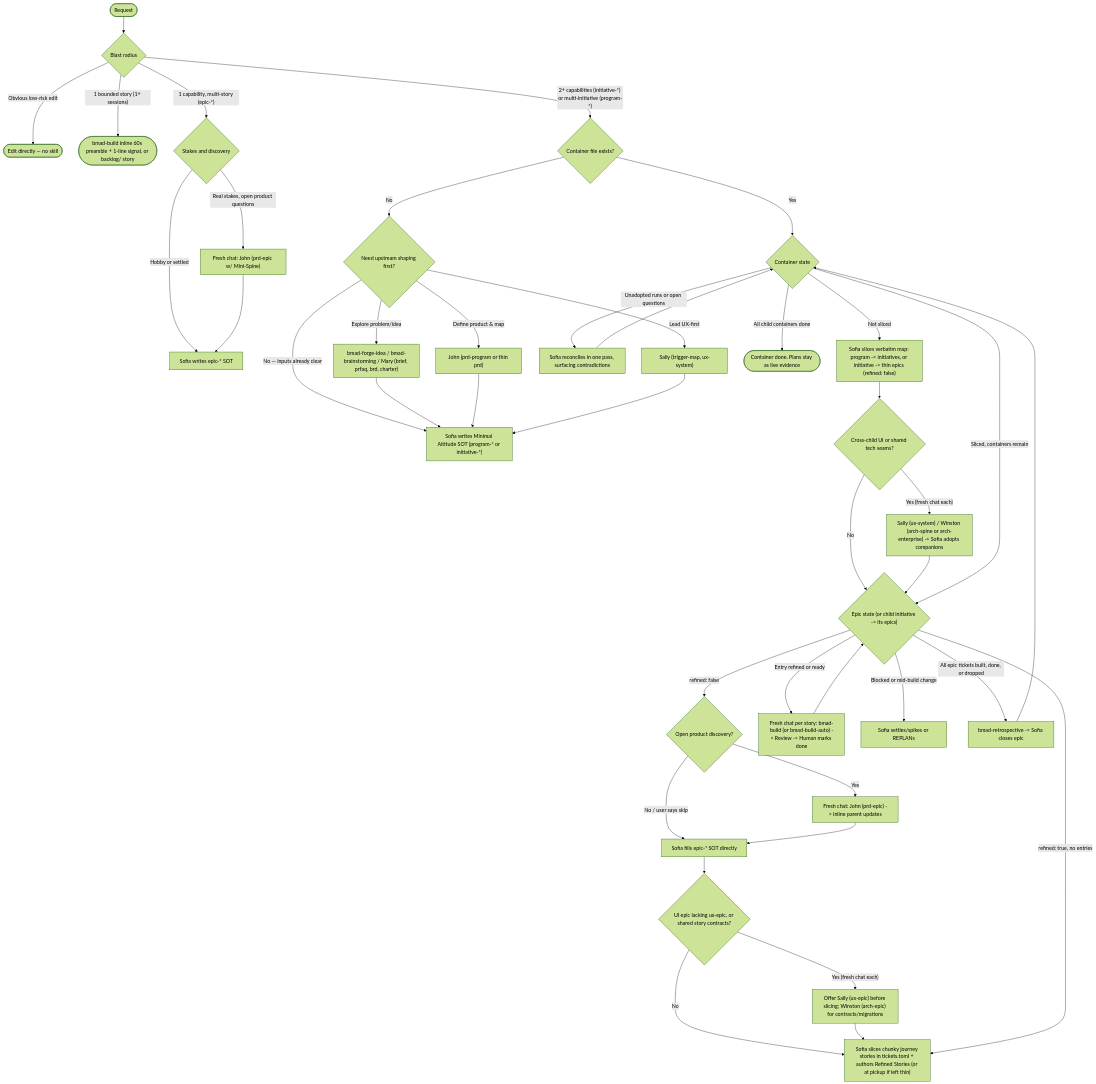
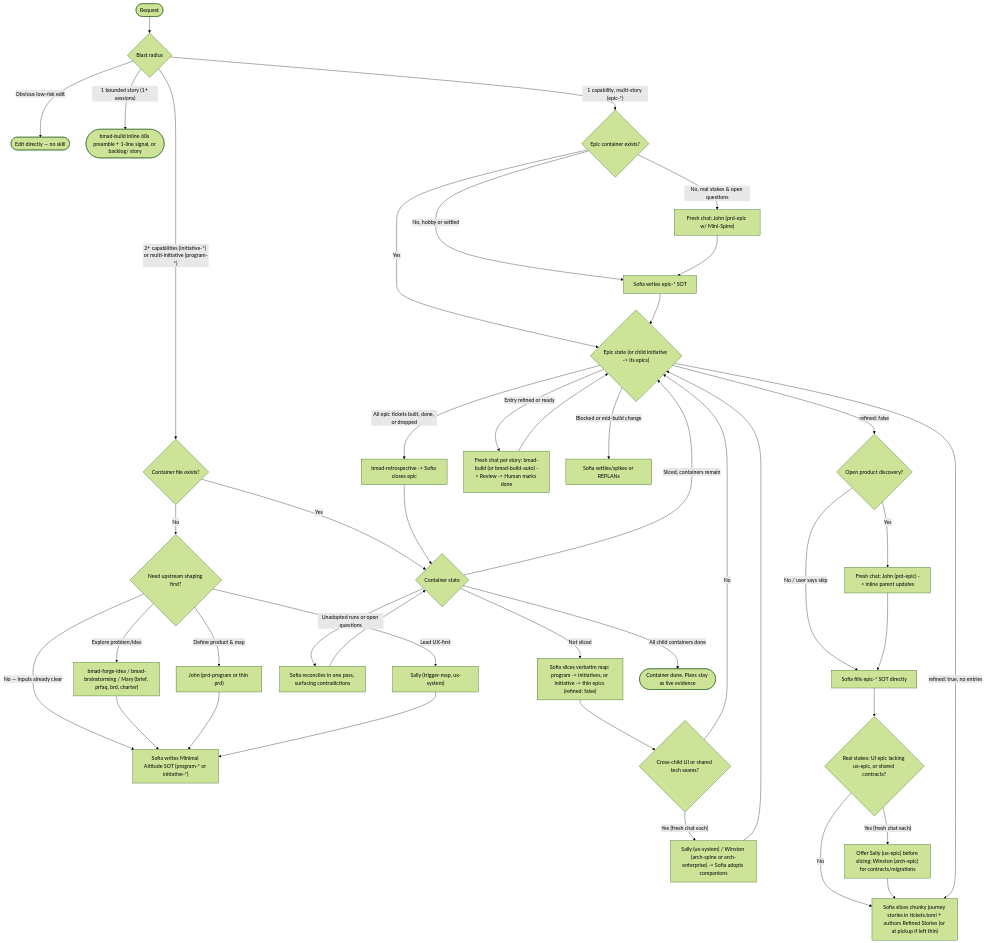
One commit to bmad-code-org/BMAD-METHOD changed the diagram in skills/method/bmod-method/help/help.md. Above: the diagram before and after it, drawn with Mermaid (forest theme). The commit also changed other lines of this file and 6 other files, not shown here.

````diff
--- a/skills/method/bmod-method/help/help.md
+++ b/skills/method/bmod-method/help/help.md
@@ -60,44 +60,46 @@
 ```mermaid
 flowchart TD
     A(["Request"]) --> B{"Blast radius"}
     B -->|"Obvious low-risk edit"| B1(["Edit directly — no skill"])
     B -->|"1 bounded story (1+ sessions)"| B2(["bmad-build inline 60s preamble + 1-line signal, or backlog/ story"])
-    B -->|"1 capability, multi-story (epic-*)"| E0{"Stakes and discovery"}
-    E0 -->|"Real stakes, open product questions"| E1["Fresh chat: John (prd-epic w/ Mini-Spine)"]
-    E0 -->|"Hobby or settled"| S0["Sofia writes epic-* SOT"]
+    B -->|"1 capability, multi-story (epic-*)"| E0{"Epic container exists?"}
+    E0 -->|"Yes"| H
+    E0 -->|"No, real stakes & open questions"| E1["Fresh chat: John (prd-epic w/ Mini-Spine)"]
+    E0 -->|"No, hobby or settled"| S0["Sofia writes epic-* SOT"]
     E1 --> S0
+    S0 --> H
     B -->|"2+ capabilities (initiative-*) or multi-initiative (program-*)"| C{"Container file exists?"}
 
     C -->|"No"| D{"Need upstream shaping first?"}
     D -->|"No — inputs already clear"| S1["Sofia writes Minimal Altitude SOT (program-* or initiative-*)"]
     D -->|"Explore problem/idea"| D1["bmad-forge-idea / bmad-brainstorming / Mary (brief, prfaq, brd, charter)"]
     D -->|"Define product & map"| D2["John (prd-program or thin prd)"]
     D -->|"Lead UX-first"| D3["Sally (trigger-map, ux-system)"]
     D1 & D2 & D3 --> S1
 
     C -->|"Yes"| F{"Container state"}
     F -->|"Unadopted runs or open questions"| F1["Sofia reconciles in one pass, surfacing contradictions"]
     F -->|"Not sliced"| S2["Sofia slices verbatim map: program -> initiatives, or initiative -> thin epics (refined: false)"]
     S2 --> G{"Cross-child UI or shared tech seams?"}
     G -->|"Yes (fresh chat each)"| G1["Sally (ux-system) / Winston (arch-spine or arch-enterprise) -> Sofia adopts companions"]
     G -->|"No"| H
     G1 --> H
     F1 --> F
     F -->|"Sliced, containers remain"| H
 
     H{"Epic state (or child initiative -> its epics)"} -->|"refined: false"| S7{"Open product discovery?"}
     S7 -->|"Yes"| J1["Fresh chat: John (prd-epic) -> inline parent updates"]
     S7 -->|"No / user says skip"| S7b["Sofia fills epic-* SOT directly"]
     J1 --> S7b
-    S7b --> UX{"UI epic lacking ux-epic, or shared story contracts?"}
+    S7b --> UX{"Real stakes: UI epic lacking ux-epic, or shared contracts?"}
     UX -->|"Yes (fresh chat each)"| UX1["Offer Sally (ux-epic) before slicing; Winston (arch-epic) for contracts/migrations"]
     UX -->|"No"| S3
     UX1 --> S3
     H -->|"refined: true, no entries"| S3["Sofia slices chunky journey stories in tickets.toml + authors Refined Stories (or at pickup if left thin)"]
     H -->|"Entry refined or ready"| I["Fresh chat per story: bmad-build (or bmad-build-auto) -> Review -> Human marks done"]
     H -->|"Blocked or mid-build change"| S6["Sofia settles/spikes or REPLANs"]
     I --> H
     H -->|"All epic tickets built, done, or dropped"| K["bmad-retrospective -> Sofia closes epic"]
     K --> F
     F -->|"All child containers done"| L(["Container done. Plans stay as live evidence"])
 ```
````
